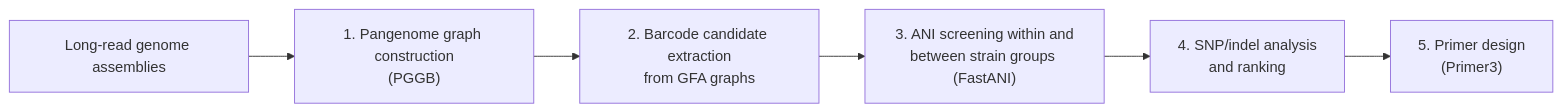
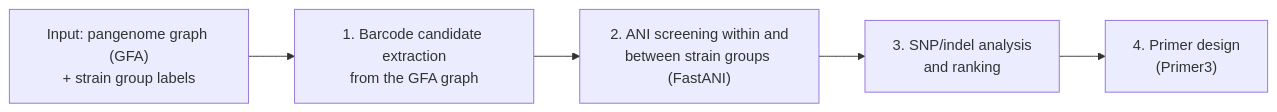
The diagram in README.md (ChopraKritika/PanBarcode), drawn with Mermaid before and after one commit. The commit also changed other lines of this file and 2 other files, not shown here.

First line of the commit message:
Update README: graph as input, website section, new teaser

````diff
--- a/README.md
+++ b/README.md
@@ -21,8 +24,7 @@
 ```mermaid
 flowchart LR
-    A["Long-read genome assemblies"] --> B["1. Pangenome graph construction<br/>(PGGB)"]
-    B --> C["2. Barcode candidate extraction<br/>from GFA graphs"]
-    C --> D["3. ANI screening within and<br/>between strain groups (FastANI)"]
-    D --> E["4. SNP/indel analysis<br/>and ranking"]
-    E --> F["5. Primer design<br/>(Primer3)"]
+    A["Input: pangenome graph (GFA)<br/>+ strain group labels"] --> B["1. Barcode candidate extraction<br/>from the GFA graph"]
+    B --> C["2. ANI screening within and<br/>between strain groups (FastANI)"]
+    C --> D["3. SNP/indel analysis<br/>and ranking"]
+    D --> E["4. Primer design<br/>(Primer3)"]
 ```
````
